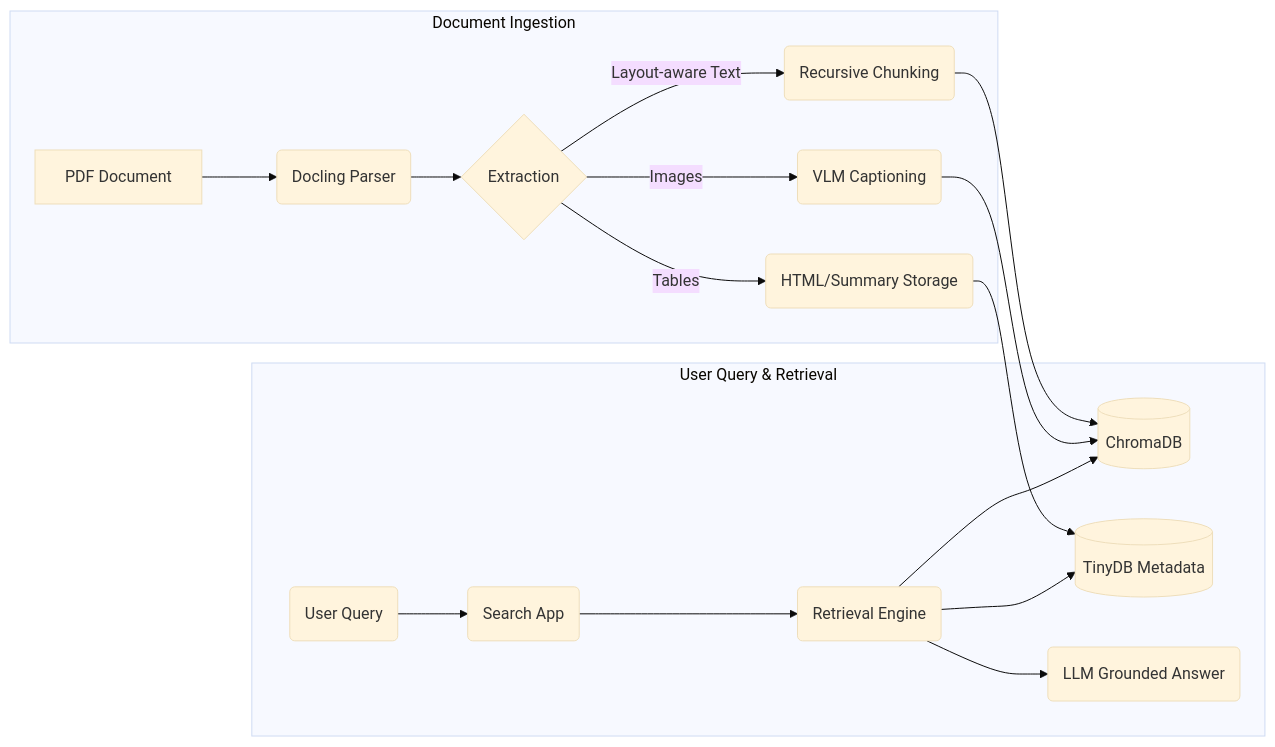
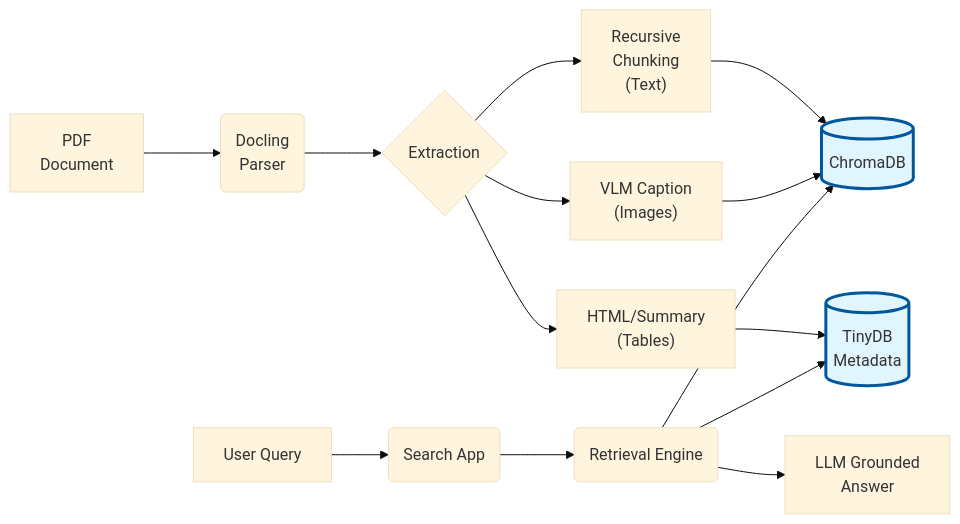
Before and after one commit to 24f2000058/pdf_knowledge_tool: the diagram in README.md, drawn with Mermaid (base theme).

Commit message:
Revise architecture diagram in README.md
Updated the architecture diagram for document ingestion and retrieval process.

````diff
--- a/README.md
+++ b/README.md
@@ -26,23 +26,22 @@
 ```mermaid
 graph LR
-    subgraph Ingestion ["Document Ingestion"]
-        A[PDF Document] --> B(Docling Parser)
-        B --> C{Extraction}
-        C -->|Layout-aware Text| D(Recursive Chunking)
-        C -->|Tables| E(HTML/Summary Storage)
-        C -->|Images| F(VLM Captioning)
-    end
+    %% RAG Pipeline Overview
+    A[PDF<br/>Document] --> B(Docling<br/>Parser)
+    B --> C{Extraction}
+    C --> D["Recursive<br/>Chunking<br/>(Text)"]
+    C --> E["HTML/Summary<br/>(Tables)"]
+    C --> F["VLM Caption<br/>(Images)"]
+    
+    D --> G[(ChromaDB)]
+    E --> H[(TinyDB<br/>Metadata)]
+    F --> G
+    
+    I[User Query] --> J(Search App)
+    J --> K(Retrieval Engine)
+    K --> G & H
+    K --> L["LLM Grounded<br/>Answer"]
 
-    D --> G[(ChromaDB)]
-    E --> H[(TinyDB Metadata)]
-    F --> G
-
-    subgraph Retrieval ["User Query & Retrieval"]
-        I(User Query) --> J(Search App)
-        J --> K(Retrieval Engine)
-        K --> G
-        K --> H
-        K --> L(LLM Grounded Answer)
-    end
+    classDef db fill:#e1f5fe,stroke:#01579b,stroke-width:3px
+    class G,H db
 
 ```
````
